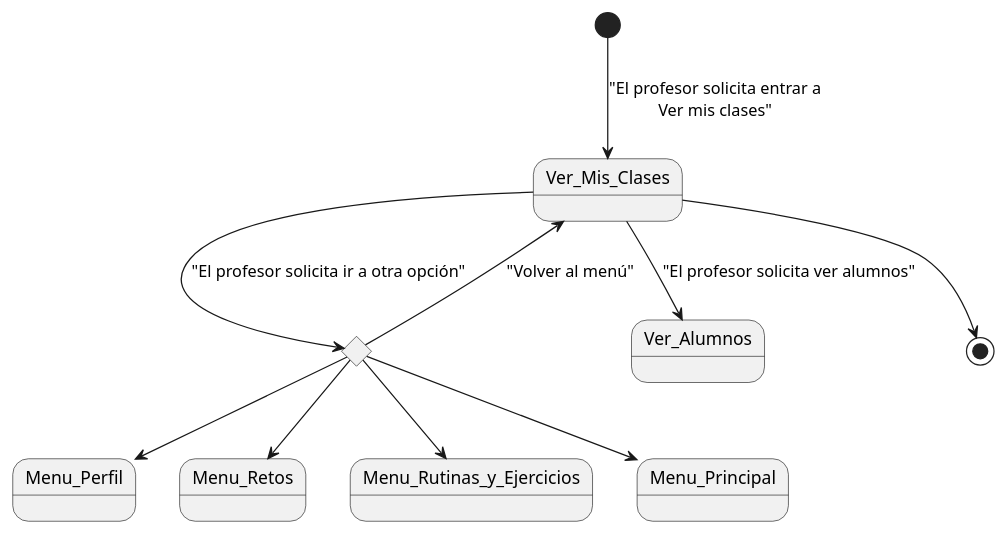
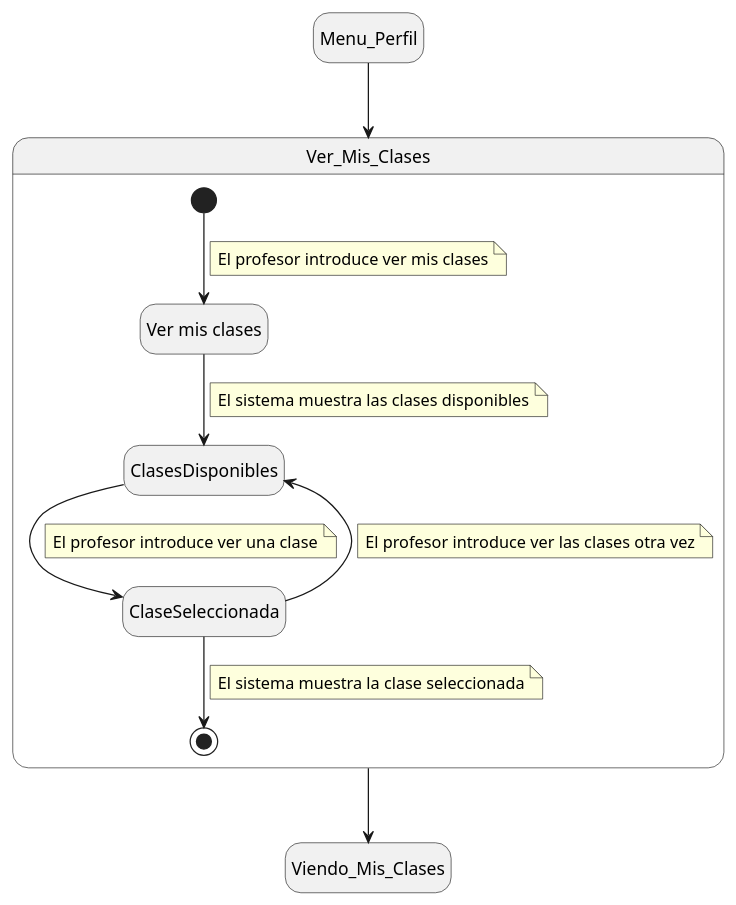
The diagram in Documentos/DetallarCasosDeUso/Profesor/Ver_Mis_Clases.puml (mmasias/24-25-IdSw1-SDR), drawn with PlantUML before and after one commit. The commit also changed 1 other file, not shown here.

Commit message:
Ver mis Clases

```diff
--- a/Documentos/DetallarCasosDeUso/Profesor/Ver_Mis_Clases.puml
+++ b/Documentos/DetallarCasosDeUso/Profesor/Ver_Mis_Clases.puml
@@ -1,24 +1,34 @@
-@startuml
-state Ver_Mis_Clases
-state rombo1 <<choice>>
-state Ver_Alumnos
+@startuml Ver_Mis_Clases
+
+hide empty description
+
 state Menu_Perfil
-state Menu_Retos
-state Menu_Rutinas_y_Ejercicios
-state Menu_Principal
+state Viendo_Mis_Clases
+state Ver_Mis_Clases{
+    state VerMisClases as "Ver mis clases"
+    [*] --> VerMisClases
+    note on link
+        El profesor introduce ver mis clases
+    end note
+    VerMisClases --> ClasesDisponibles
+    note on link
+        El sistema muestra las clases disponibles
+    end note
+    ClasesDisponibles --> ClaseSeleccionada
+    note on link
+        El profesor introduce ver una clase
+    end note
+    ClaseSeleccionada --> [*]
+    note on link
+        El sistema muestra la clase seleccionada
+    end note
+    ClaseSeleccionada --> ClasesDisponibles
+    note on link
+        El profesor introduce ver las clases otra vez
+    end note
+}
 
-[*] --> Ver_Mis_Clases : "El profesor solicita entrar a\nVer mis clases"
+Menu_Perfil --> Ver_Mis_Clases
+Ver_Mis_Clases --> Viendo_Mis_Clases
 
-Ver_Mis_Clases --> Ver_Alumnos : "El profesor solicita ver alumnos"
-
-
-
-Ver_Mis_Clases --> rombo1 : "El profesor solicita ir a otra opción"
-rombo1 --> Menu_Perfil
-rombo1 --> Menu_Retos
-rombo1 --> Menu_Rutinas_y_Ejercicios
-rombo1 --> Menu_Principal
-rombo1 --> Ver_Mis_Clases : "Volver al menú"
-
-Ver_Mis_Clases --> [*]
 @enduml
```
